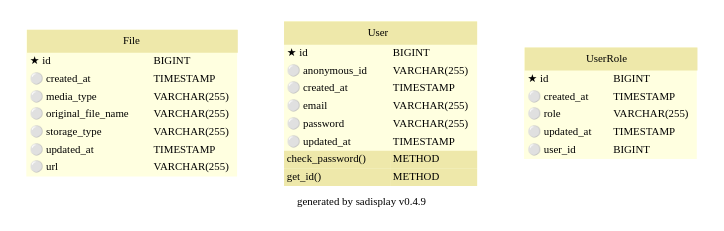
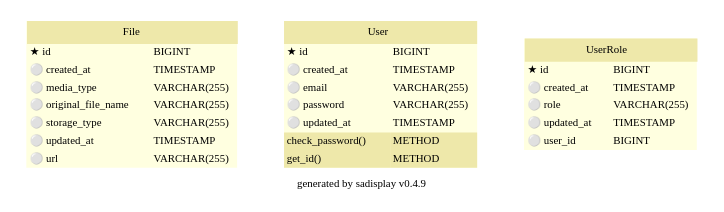
Before and after one commit to TruongTX-Martin/SMBC-Backend: the diagram in documents/db/schema.dot, drawn with Graphviz. The commit also changed 31 other files, not shown here.

```diff
--- a/documents/db/schema.dot
+++ b/documents/db/schema.dot
@@ -1,140 +1,136 @@
 
         digraph G {
             label = "generated by sadisplay v0.4.9";
             fontname = "Bitstream Vera Sans"
             fontsize = 8
 
             node [
                 fontname = "Bitstream Vera Sans"
                 fontsize = 8
                 shape = "plaintext"
             ]
 
             edge [
                 fontname = "Bitstream Vera Sans"
                 fontsize = 8
             ]
     
 
         File [label=<
         <TABLE BGCOLOR="lightyellow" BORDER="0"
             CELLBORDER="0" CELLSPACING="0">
                 <TR><TD COLSPAN="2" CELLPADDING="4"
                         ALIGN="CENTER" BGCOLOR="palegoldenrod"
                 ><FONT FACE="Helvetica Bold" COLOR="black"
                 >File</FONT></TD></TR><TR><TD ALIGN="LEFT" BORDER="0"
         ><FONT FACE="Bitstream Vera Sans">★ id</FONT
         ></TD><TD ALIGN="LEFT"
         ><FONT FACE="Bitstream Vera Sans">BIGINT</FONT
         ></TD></TR> <TR><TD ALIGN="LEFT" BORDER="0"
         ><FONT FACE="Bitstream Vera Sans">⚪ created_at</FONT
         ></TD><TD ALIGN="LEFT"
         ><FONT FACE="Bitstream Vera Sans">TIMESTAMP</FONT
         ></TD></TR> <TR><TD ALIGN="LEFT" BORDER="0"
         ><FONT FACE="Bitstream Vera Sans">⚪ media_type</FONT
         ></TD><TD ALIGN="LEFT"
         ><FONT FACE="Bitstream Vera Sans">VARCHAR(255)</FONT
         ></TD></TR> <TR><TD ALIGN="LEFT" BORDER="0"
         ><FONT FACE="Bitstream Vera Sans">⚪ original_file_name</FONT
         ></TD><TD ALIGN="LEFT"
         ><FONT FACE="Bitstream Vera Sans">VARCHAR(255)</FONT
         ></TD></TR> <TR><TD ALIGN="LEFT" BORDER="0"
         ><FONT FACE="Bitstream Vera Sans">⚪ storage_type</FONT
         ></TD><TD ALIGN="LEFT"
         ><FONT FACE="Bitstream Vera Sans">VARCHAR(255)</FONT
         ></TD></TR> <TR><TD ALIGN="LEFT" BORDER="0"
         ><FONT FACE="Bitstream Vera Sans">⚪ updated_at</FONT
         ></TD><TD ALIGN="LEFT"
         ><FONT FACE="Bitstream Vera Sans">TIMESTAMP</FONT
         ></TD></TR> <TR><TD ALIGN="LEFT" BORDER="0"
         ><FONT FACE="Bitstream Vera Sans">⚪ url</FONT
         ></TD><TD ALIGN="LEFT"
         ><FONT FACE="Bitstream Vera Sans">VARCHAR(255)</FONT
         ></TD></TR>
         </TABLE>
     >]
     
 
         User [label=<
         <TABLE BGCOLOR="lightyellow" BORDER="0"
             CELLBORDER="0" CELLSPACING="0">
                 <TR><TD COLSPAN="2" CELLPADDING="4"
                         ALIGN="CENTER" BGCOLOR="palegoldenrod"
                 ><FONT FACE="Helvetica Bold" COLOR="black"
                 >User</FONT></TD></TR><TR><TD ALIGN="LEFT" BORDER="0"
         ><FONT FACE="Bitstream Vera Sans">★ id</FONT
         ></TD><TD ALIGN="LEFT"
         ><FONT FACE="Bitstream Vera Sans">BIGINT</FONT
-        ></TD></TR> <TR><TD ALIGN="LEFT" BORDER="0"
-        ><FONT FACE="Bitstream Vera Sans">⚪ anonymous_id</FONT
-        ></TD><TD ALIGN="LEFT"
-        ><FONT FACE="Bitstream Vera Sans">VARCHAR(255)</FONT
         ></TD></TR> <TR><TD ALIGN="LEFT" BORDER="0"
         ><FONT FACE="Bitstream Vera Sans">⚪ created_at</FONT
         ></TD><TD ALIGN="LEFT"
         ><FONT FACE="Bitstream Vera Sans">TIMESTAMP</FONT
         ></TD></TR> <TR><TD ALIGN="LEFT" BORDER="0"
         ><FONT FACE="Bitstream Vera Sans">⚪ email</FONT
         ></TD><TD ALIGN="LEFT"
         ><FONT FACE="Bitstream Vera Sans">VARCHAR(255)</FONT
         ></TD></TR> <TR><TD ALIGN="LEFT" BORDER="0"
         ><FONT FACE="Bitstream Vera Sans">⚪ password</FONT
         ></TD><TD ALIGN="LEFT"
         ><FONT FACE="Bitstream Vera Sans">VARCHAR(255)</FONT
         ></TD></TR> <TR><TD ALIGN="LEFT" BORDER="0"
         ><FONT FACE="Bitstream Vera Sans">⚪ updated_at</FONT
         ></TD><TD ALIGN="LEFT"
         ><FONT FACE="Bitstream Vera Sans">TIMESTAMP</FONT
         ></TD></TR><TR><TD ALIGN="LEFT" BORDER="0"
         BGCOLOR="palegoldenrod"
         ><FONT FACE="Bitstream Vera Sans">check_password()</FONT></TD
         ><TD BGCOLOR="palegoldenrod" ALIGN="LEFT"
         ><FONT FACE="Bitstream Vera Sans">METHOD</FONT
         ></TD></TR> <TR><TD ALIGN="LEFT" BORDER="0"
         BGCOLOR="palegoldenrod"
         ><FONT FACE="Bitstream Vera Sans">get_id()</FONT></TD
         ><TD BGCOLOR="palegoldenrod" ALIGN="LEFT"
         ><FONT FACE="Bitstream Vera Sans">METHOD</FONT
         ></TD></TR>
         </TABLE>
     >]
     
 
         UserRole [label=<
         <TABLE BGCOLOR="lightyellow" BORDER="0"
             CELLBORDER="0" CELLSPACING="0">
                 <TR><TD COLSPAN="2" CELLPADDING="4"
                         ALIGN="CENTER" BGCOLOR="palegoldenrod"
                 ><FONT FACE="Helvetica Bold" COLOR="black"
                 >UserRole</FONT></TD></TR><TR><TD ALIGN="LEFT" BORDER="0"
         ><FONT FACE="Bitstream Vera Sans">★ id</FONT
         ></TD><TD ALIGN="LEFT"
         ><FONT FACE="Bitstream Vera Sans">BIGINT</FONT
         ></TD></TR> <TR><TD ALIGN="LEFT" BORDER="0"
         ><FONT FACE="Bitstream Vera Sans">⚪ created_at</FONT
         ></TD><TD ALIGN="LEFT"
         ><FONT FACE="Bitstream Vera Sans">TIMESTAMP</FONT
         ></TD></TR> <TR><TD ALIGN="LEFT" BORDER="0"
         ><FONT FACE="Bitstream Vera Sans">⚪ role</FONT
         ></TD><TD ALIGN="LEFT"
         ><FONT FACE="Bitstream Vera Sans">VARCHAR(255)</FONT
         ></TD></TR> <TR><TD ALIGN="LEFT" BORDER="0"
         ><FONT FACE="Bitstream Vera Sans">⚪ updated_at</FONT
         ></TD><TD ALIGN="LEFT"
         ><FONT FACE="Bitstream Vera Sans">TIMESTAMP</FONT
         ></TD></TR> <TR><TD ALIGN="LEFT" BORDER="0"
         ><FONT FACE="Bitstream Vera Sans">⚪ user_id</FONT
         ></TD><TD ALIGN="LEFT"
         ><FONT FACE="Bitstream Vera Sans">BIGINT</FONT
         ></TD></TR>
         </TABLE>
     >]
     
 	edge [
 		arrowhead = empty
 	]
 	edge [
 		arrowhead = ediamond
 		arrowtail = open
 	]
 }
```
